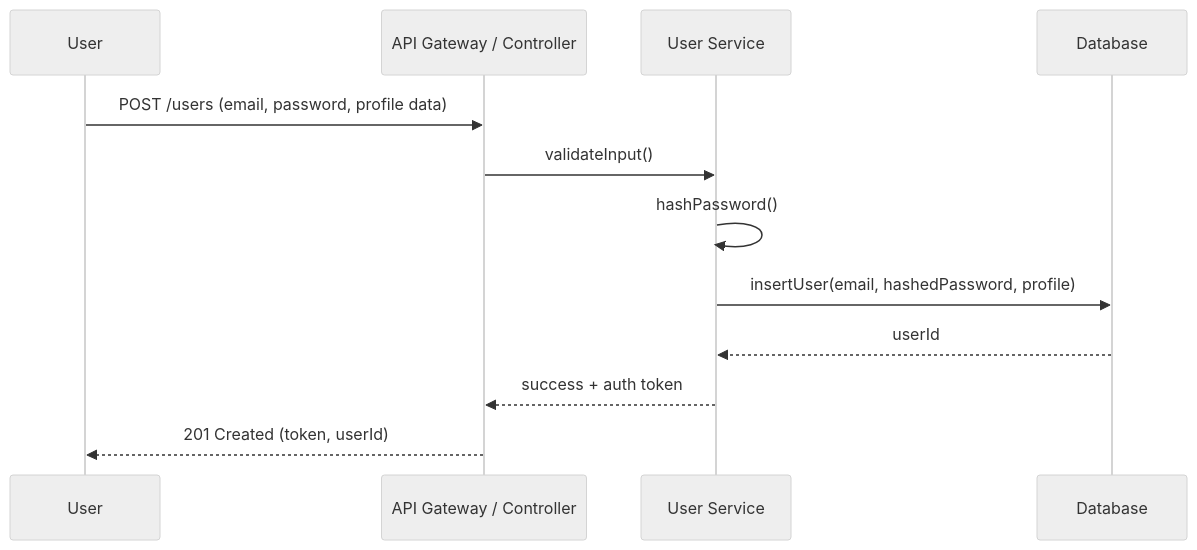
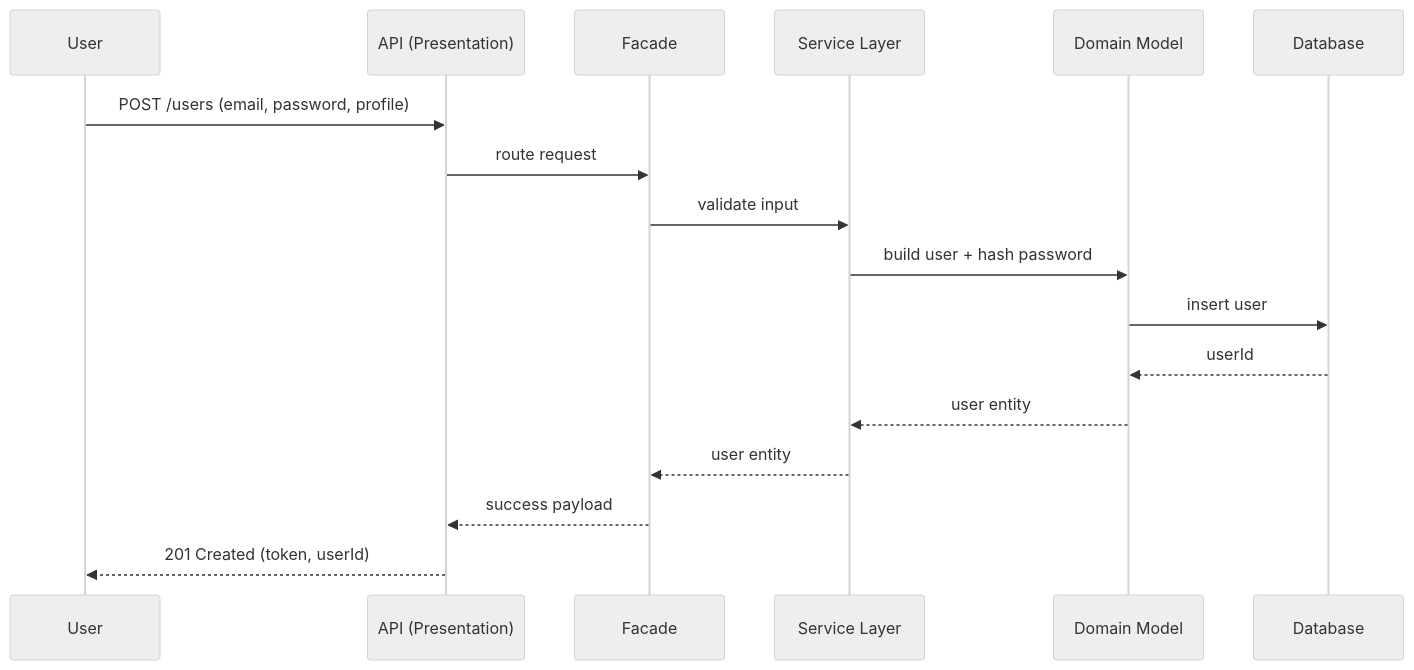
One commit to kriaa9/holbertonschool-hbnb changed the first of 4 diagrams in part1/sequence_diagrams.md. Above: the diagram before and after it, drawn with Mermaid (neutral theme). The commit also changed other lines of this file and 1 other file, not shown here.

Commit message:
refactor: update sequence diagrams for API calls to enhance clarity and consistency

````diff
--- a/part1/sequence_diagrams.md
+++ b/part1/sequence_diagrams.md
@@ -9,15 +7,20 @@
 ```mermaid
 sequenceDiagram
- participant User
- participant API as API Gateway / Controller
- participant Service as User Service
- participant DB as Database
+	participant User
+	participant API as API (Presentation)
+	participant Facade
+	participant Service as Service Layer
+	participant Model as Domain Model
+	participant DB as Database
 
- User->>API: POST /users (email, password, profile data)
- API->>Service: validateInput()
- Service->>Service: hashPassword()
- Service->>DB: insertUser(email, hashedPassword, profile)
- DB-->>Service: userId
- Service-->>API: success + auth token
- API-->>User: 201 Created (token, userId)
+	User->>API: POST /users (email, password, profile)
+	API->>Facade: route request
+	Facade->>Service: validate input
+	Service->>Model: build user + hash password
+	Model->>DB: insert user
+	DB-->>Model: userId
+	Model-->>Service: user entity
+	Service-->>Facade: user entity
+	Facade-->>API: success payload
+	API-->>User: 201 Created (token, userId)
 ```
````
